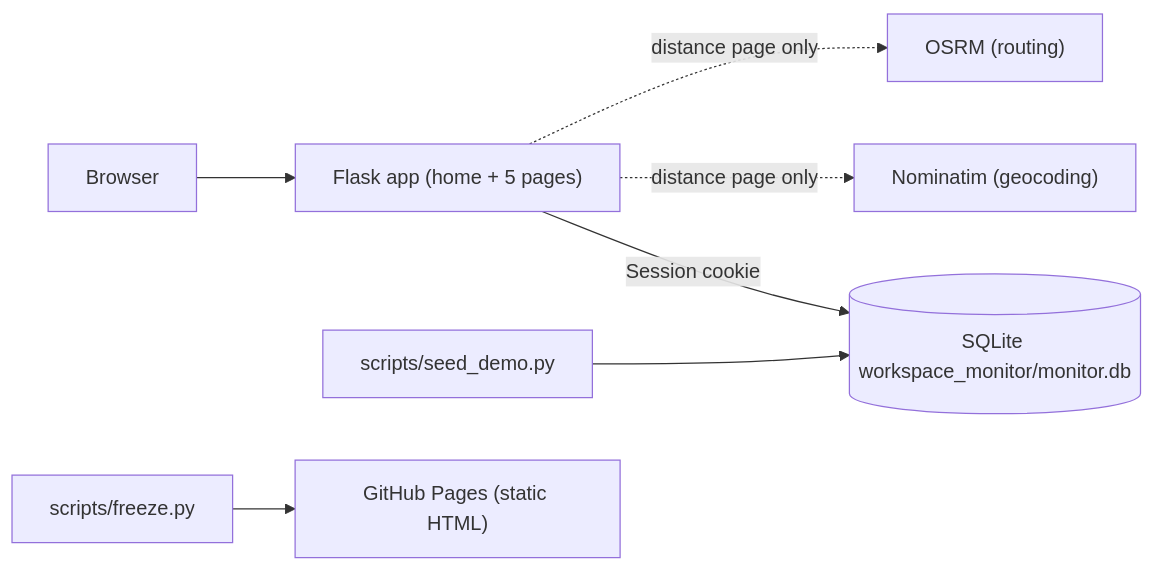
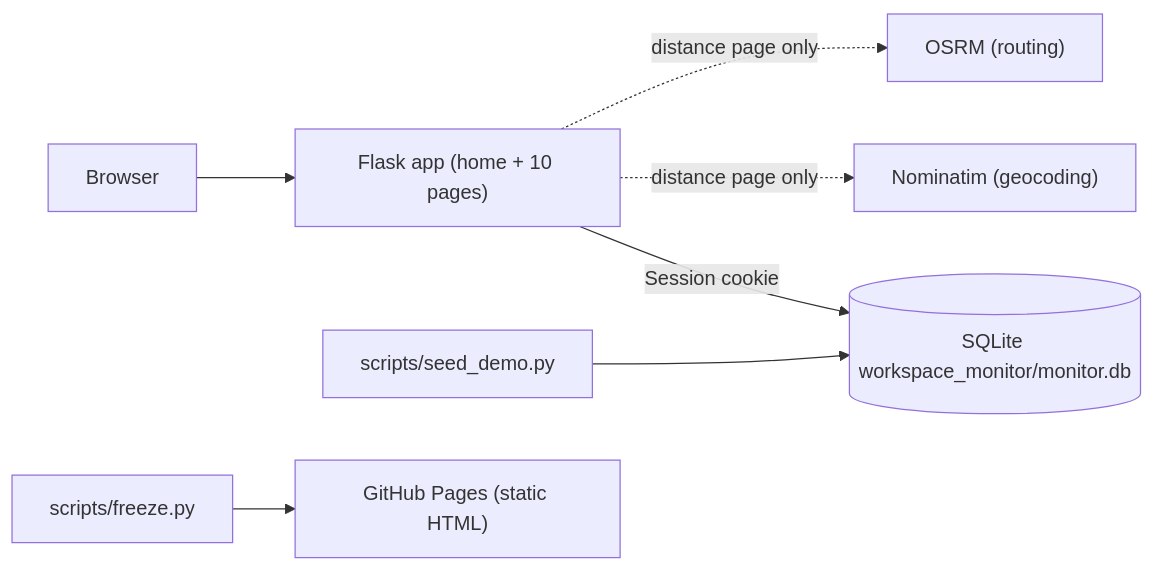
One commit to enonymous1/workspace-monitor changed the diagram in README.md. Above: the diagram before and after it, drawn with Mermaid. The commit also changed other lines of this file and 27 other files, not shown here.

````diff
--- a/README.md
+++ b/README.md
@@ -97,9 +108,9 @@
 ```mermaid
 flowchart LR
-    Browser --> Flask["Flask app (home + 5 pages)"]
+    Browser --> Flask["Flask app (home + 10 pages)"]
     Flask -->|Session cookie| SQLite[(SQLite workspace_monitor/monitor.db)]
     Flask -.->|distance page only| Nominatim["Nominatim (geocoding)"]
     Flask -.->|distance page only| OSRM["OSRM (routing)"]
     Seed["scripts/seed_demo.py"] --> SQLite
     Freeze["scripts/freeze.py"] --> Pages["GitHub Pages (static HTML)"]
 ```
````
